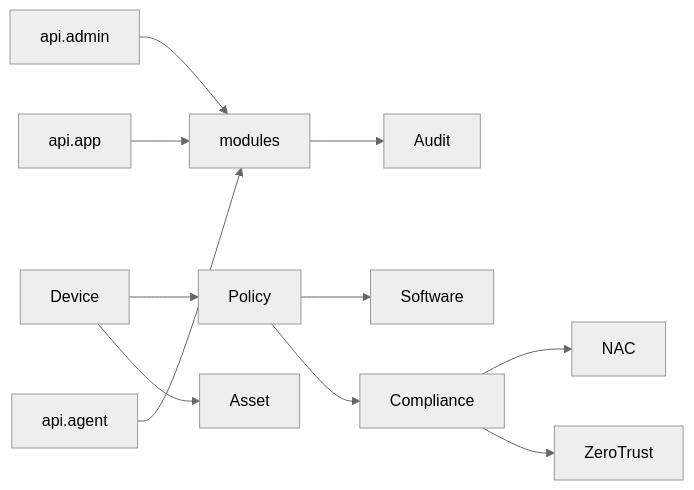
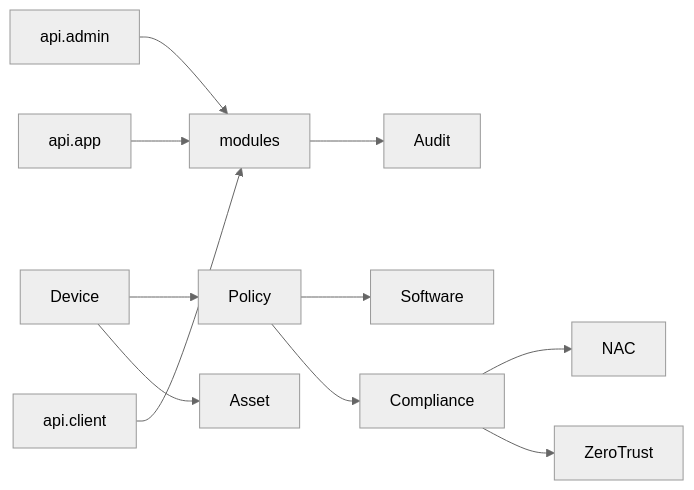
Before and after one commit to jone-code/SentinelHub: the diagram in docs/architecture/04-module-design.md, drawn with Mermaid (neutral theme). The commit also changed other lines of this file and 55 other files, not shown here.

First line of the commit message:
refactor: PC agent becomes desktop client with UI pages

````diff
--- a/docs/architecture/04-module-design.md
+++ b/docs/architecture/04-module-design.md
@@ -120,14 +120,14 @@
 ```mermaid
 graph LR
     AdminAPI[api.admin] --> modules
     AppAPI[api.app] --> modules
-    AgentAPI[api.agent] --> modules
+    ClientAPI[api.client] --> modules
 
     Device --> Policy
     Device --> Asset
     Policy --> Software
     Policy --> Compliance
     Compliance --> NAC
     Compliance --> ZeroTrust
     modules --> Audit
 ```
````
